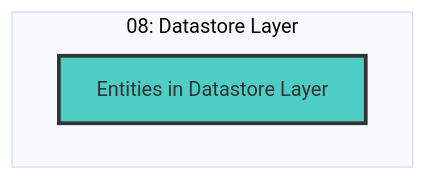
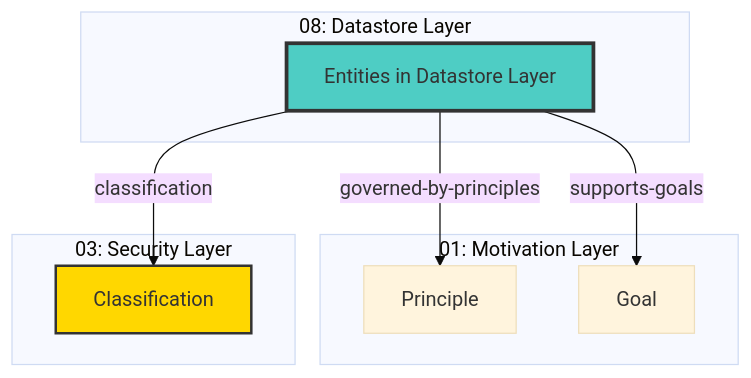
The diagram in reports/layers/08-datastore-cross-layer.md (tinkermonkey/documentation_robotics), drawn with Mermaid (base theme) before and after one commit. The commit also changed other lines of this file and 63 other files, not shown here.

Commit message:
Intra-layer relationships wave 1 complete

````diff
--- a/reports/layers/08-datastore-cross-layer.md
+++ b/reports/layers/08-datastore-cross-layer.md
@@ -9,13 +9,30 @@
 ```mermaid
 graph TB
   subgraph thisLayer["08: Datastore Layer"]
     ThisLayerNode["Entities in Datastore Layer"]
   end
+
+  %% Target layers
+  subgraph target01Layer["01: Motivation Layer"]
+    target01Principle["Principle"]
+    target01Goal["Goal"]
+  end
+  subgraph target03Layer["03: Security Layer"]
+    target03Classification["Classification"]
+  end
+
+  %% Outgoing relationships
+  ThisLayerNode -->|governed-by-principles| target01Principle
+  ThisLayerNode -->|supports-goals| target01Goal
+  ThisLayerNode -->|classification| target03Classification
 
   %% Styling
   classDef thisLayerStyle fill:#4ECDC4,stroke:#333,stroke-width:3px
   classDef targetLayerStyle fill:#FFD700,stroke:#333,stroke-width:2px
   classDef sourceLayerStyle fill:#E17055,stroke:#333,stroke-width:2px
 
   class ThisLayerNode thisLayerStyle
+  class target01GovernedByPrinciple targetLayerStyle
+  class target01SupportsGoal targetLayerStyle
+  class target03Classification targetLayerStyle
 ```
````
